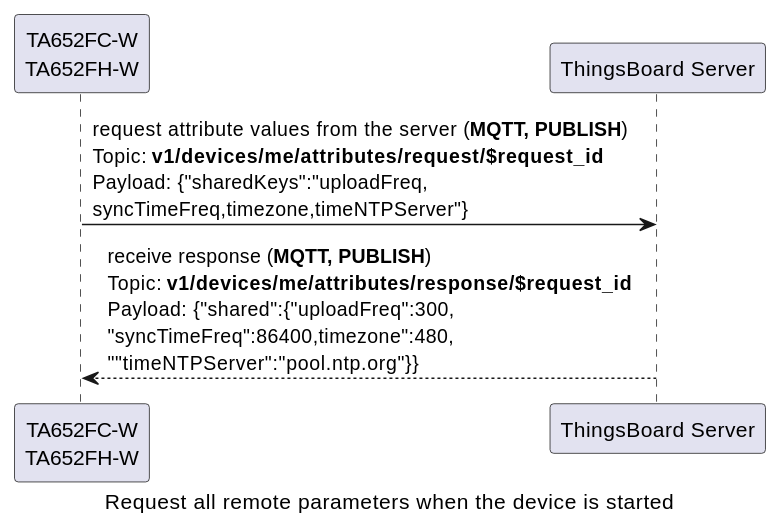
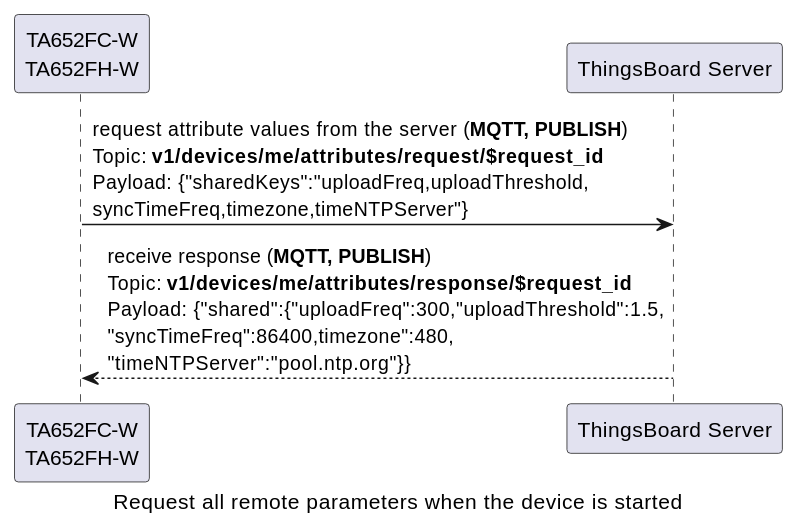
Diagram 11 of 17 in docs/device/ta652fc-w/ta652fc-w-mqtt-api.rst (avantec-iot/avantec-thingsboard), drawn with PlantUML before and after one commit. The commit also changed other lines of this file and 1 other file, not shown here.

Commit message:
add a shared attribute - uploadFreshold for TA652FC-W-TB

```diff
--- a/docs/device/ta652fc-w/ta652fc-w-mqtt-api.rst
+++ b/docs/device/ta652fc-w/ta652fc-w-mqtt-api.rst
@@ -762,10 +772,10 @@
   .. uml::
 
     caption  Request all remote parameters when the device is started
 
     participant "TA652FC-W\nTA652FH-W" as TBDev order 10
     participant "ThingsBoard Server"  as TBSrv order 20 
 
-    TBDev  ->  TBSrv: request attribute values from the server (**MQTT, PUBLISH**) \nTopic: **v1/devices/me/attributes/request/$request_id** \nPayload: {"sharedKeys":"uploadFreq,\nsyncTimeFreq,timezone,timeNTPServer"}
+    TBDev  ->  TBSrv: request attribute values from the server (**MQTT, PUBLISH**) \nTopic: **v1/devices/me/attributes/request/$request_id** \nPayload: {"sharedKeys":"uploadFreq,uploadThreshold,\nsyncTimeFreq,timezone,timeNTPServer"}
     
-    TBDev <--  TBSrv: receive response (**MQTT, PUBLISH**) \nTopic: **v1/devices/me/attributes/response/$request_id** \nPayload: {"shared":{"uploadFreq":300,\n"syncTimeFreq":86400,timezone":480,\n""timeNTPServer":"pool.ntp.org"}}
+    TBDev <--  TBSrv: receive response (**MQTT, PUBLISH**) \nTopic: **v1/devices/me/attributes/response/$request_id** \nPayload: {"shared":{"uploadFreq":300,"uploadThreshold":1.5,\n"syncTimeFreq":86400,timezone":480,\n"timeNTPServer":"pool.ntp.org"}}
```
